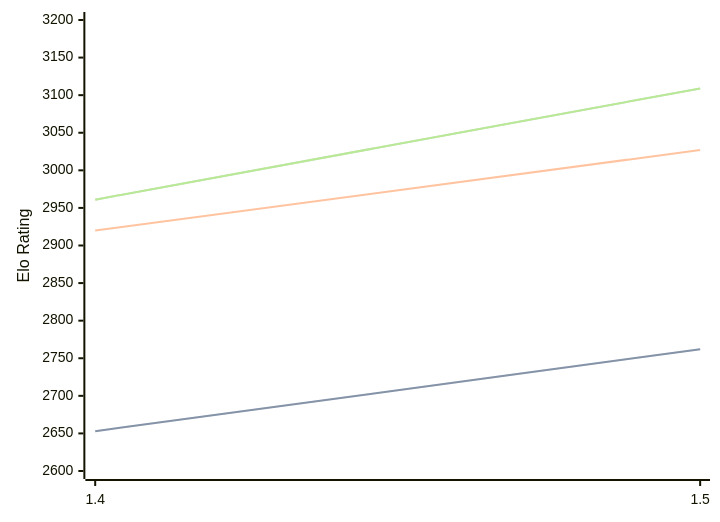
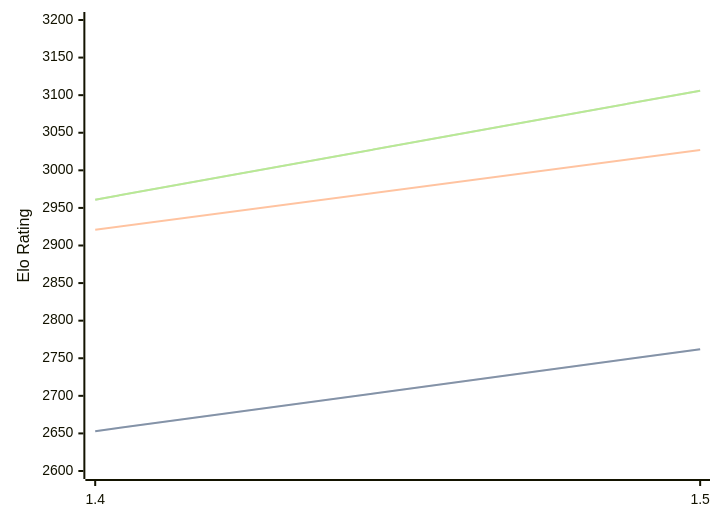
One commit to computer-chess-index/cci changed the diagram in engines/Yakka.md. Above: the diagram before and after it, drawn with Mermaid. The commit also changed other lines of this file, not shown here.

Commit message:
Update CCI Ratings (ELO VLTC) - 2026-09-10

````diff
--- a/engines/Yakka.md
+++ b/engines/Yakka.md
@@ -32,11 +32,11 @@
 ```mermaid
 %%{init: {"theme":"base","themeVariables":{"seriesColors:['#a3a3a3','#222221','#faa371']}}}%%
 xychart-beta
   x-axis ["1.4", "1.5"]
   y-axis "Elo Rating" 2600 --> 3200
   line "" [2653, 2762]
   line "STC (8.0+0.08s)" [2653, 2762]
-  line "LTC (60.0+0.60s)" [2920, 3027]
-  line "" [2961, 3109]
-  line "VLTC (2m24s+1.12s)" [2961, 3109]
+  line "LTC (60.0+0.60s)" [2921, 3027]
+  line "" [2961, 3106]
+  line "VLTC (2m24s+1.12s)" [2961, 3106]
 ```
````
